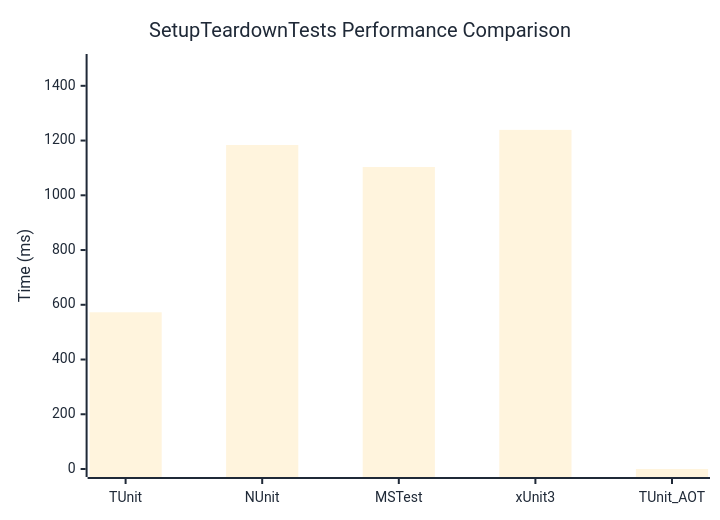
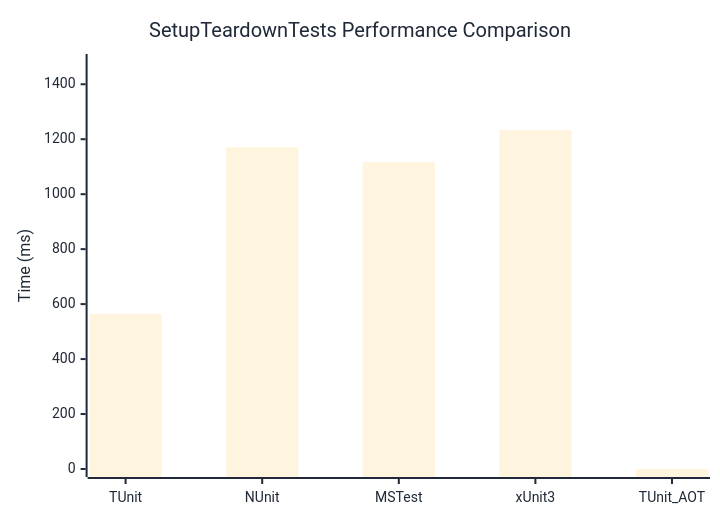
The diagram in docs/docs/benchmarks/SetupTeardownTests.md (thomhurst/TUnit), drawn with Mermaid before and after one commit. The commit also changed other lines of this file and 17 other files, not shown here.

````diff
--- a/docs/docs/benchmarks/SetupTeardownTests.md
+++ b/docs/docs/benchmarks/SetupTeardownTests.md
@@ -27,37 +27,37 @@
 ```mermaid
 %%{init: {
   'theme':'base',
   'themeVariables': {
     'primaryColor': '#2563eb',
     'primaryTextColor': '#1f2937',
     'primaryBorderColor': '#1e40af',
     'lineColor': '#6b7280',
     'secondaryColor': '#7c3aed',
     'tertiaryColor': '#dc2626',
     'background': '#ffffff',
     'mainBkg': '#2563eb',
     'secondBkg': '#7c3aed',
     'tertiaryBkg': '#dc2626',
     'clusterBkg': '#f3f4f6',
     'edgeLabelBackground': '#ffffff',
     'tertiaryTextColor': '#1f2937',
     'pie1': '#2563eb',
     'pie2': '#7c3aed',
     'pie3': '#dc2626',
     'pie4': '#f59e0b',
     'pie5': '#10b981',
     'pie6': '#06b6d4',
     'pie7': '#ec4899',
     'pie8': '#6366f1',
     'pie9': '#84cc16',
     'pie10': '#f97316',
     'pie11': '#14b8a6',
     'pie12': '#a855f7'
   }
 }}%%
 xychart-beta
   title "SetupTeardownTests Performance Comparison"
   x-axis ["TUnit", "NUnit", "MSTest", "xUnit3", "TUnit_AOT"]
-  y-axis "Time (ms)" 0 --> 1487
-  bar [572.6, 1183.8, 1103.4, 1239, 0]
+  y-axis "Time (ms)" 0 --> 1481
+  bar [565.1, 1170.4, 1117, 1233.9, 0]
 ```
````
